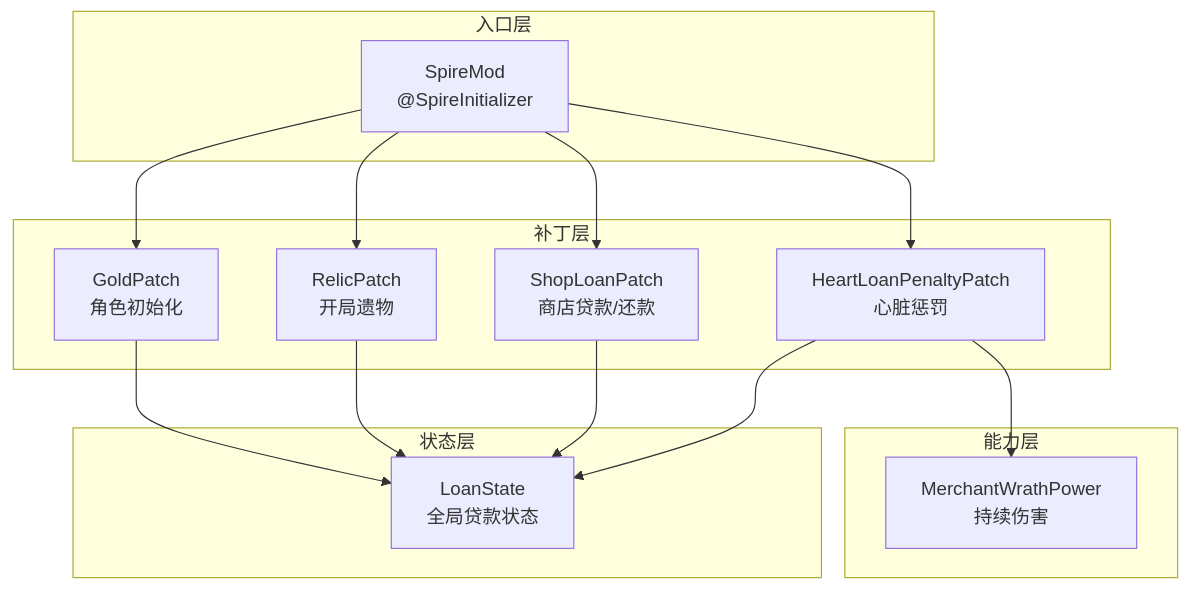
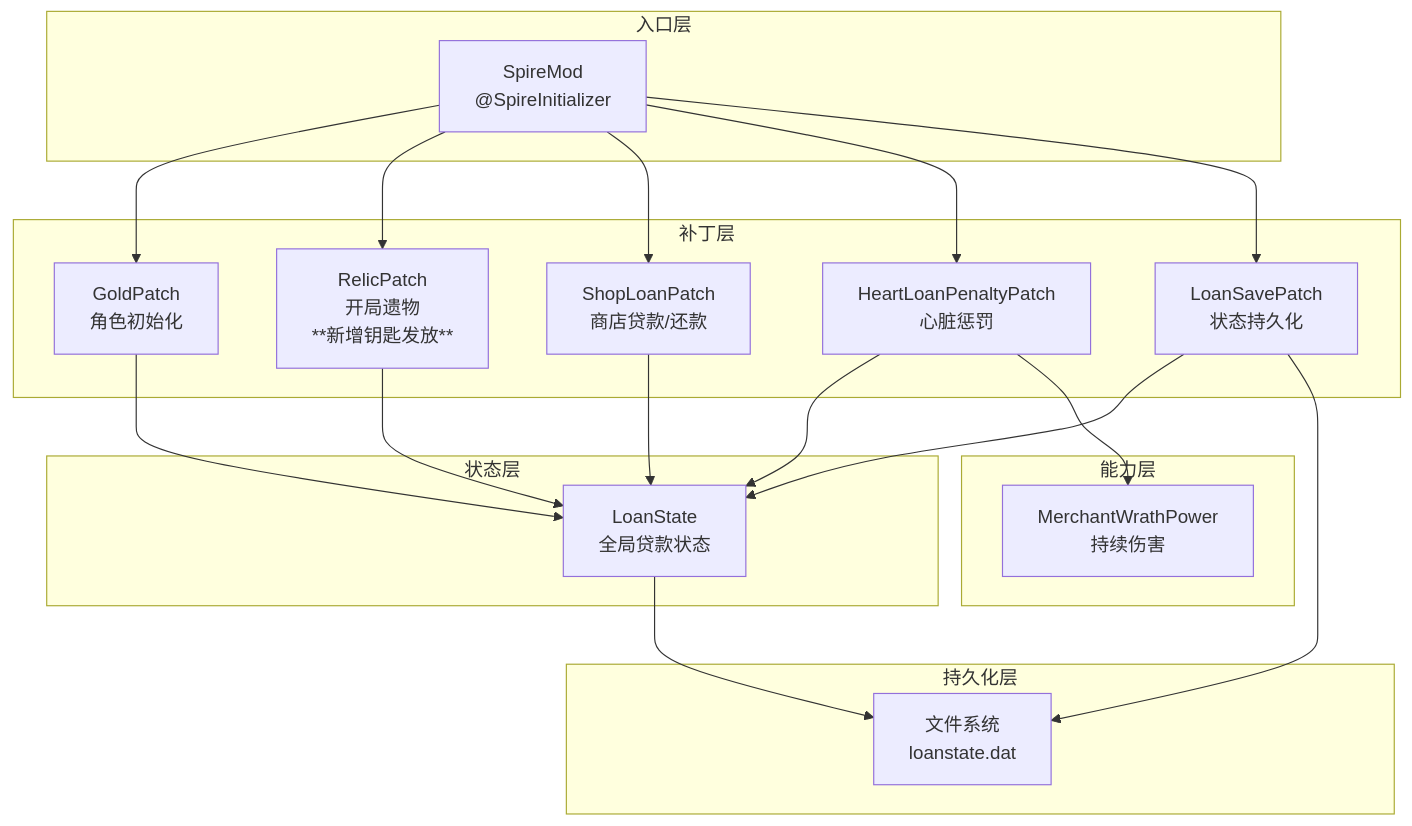
One commit to StephenZhuang/SpireMod changed the second of 12 diagrams in .qoder/repowiki/zh/content/技术架构/技术架构.md. Above: the diagram before and after it, drawn with Mermaid. The commit also changed other lines of this file and 35 other files, not shown here.

````diff
--- a/.qoder/repowiki/zh/content/技术架构/技术架构.md
+++ b/.qoder/repowiki/zh/content/技术架构/技术架构.md
@@ -131,27 +140,35 @@
 ```mermaid
 graph TB
 subgraph "入口层"
 S["SpireMod<br/>@SpireInitializer"]
 end
 subgraph "补丁层"
 G["GoldPatch<br/>角色初始化"]
-R["RelicPatch<br/>开局遗物"]
+R["RelicPatch<br/>开局遗物<br/>**新增钥匙发放**"]
 SL["ShopLoanPatch<br/>商店贷款/还款"]
 HLP["HeartLoanPenaltyPatch<br/>心脏惩罚"]
+LSP["LoanSavePatch<br/>状态持久化"]
 end
 subgraph "能力层"
 MW["MerchantWrathPower<br/>持续伤害"]
 end
 subgraph "状态层"
 LS["LoanState<br/>全局贷款状态"]
 end
+subgraph "持久化层"
+FS["文件系统<br/>loanstate.dat"]
+end
 S --> G
 S --> R
 S --> SL
 S --> HLP
+S --> LSP
 G --> LS
 R --> LS
 SL --> LS
 HLP --> LS
 HLP --> MW
+LSP --> LS
+LSP --> FS
+LS --> FS
 ```
````
